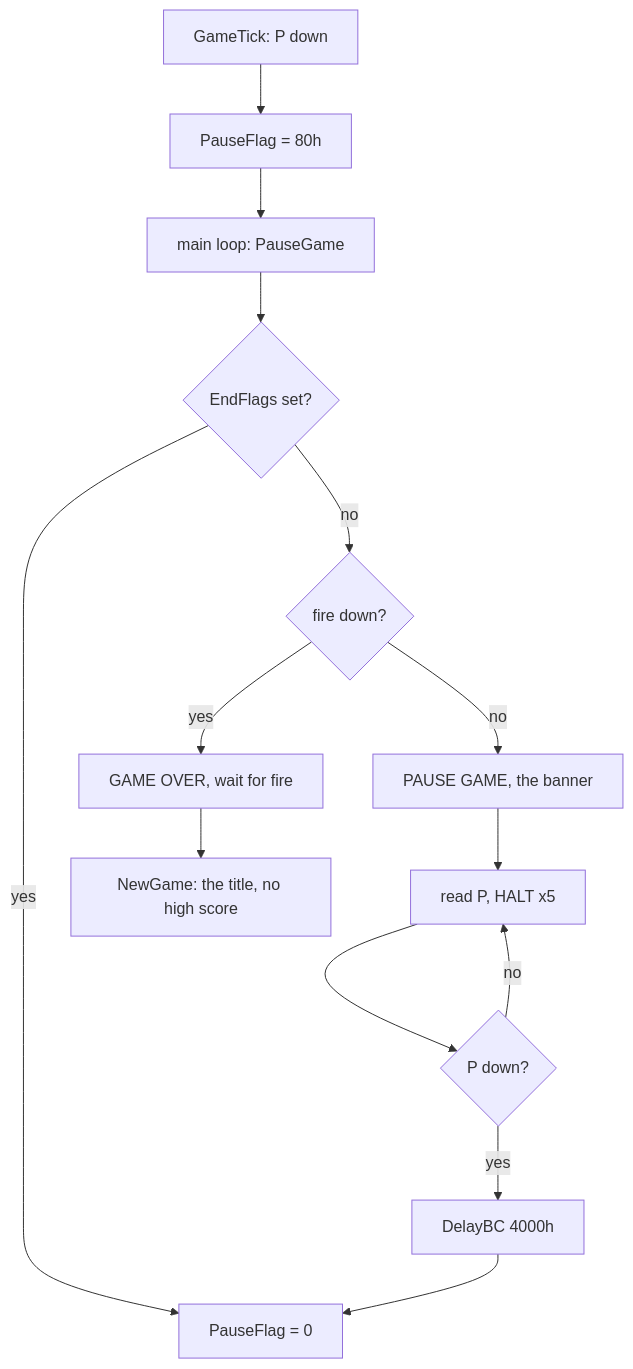
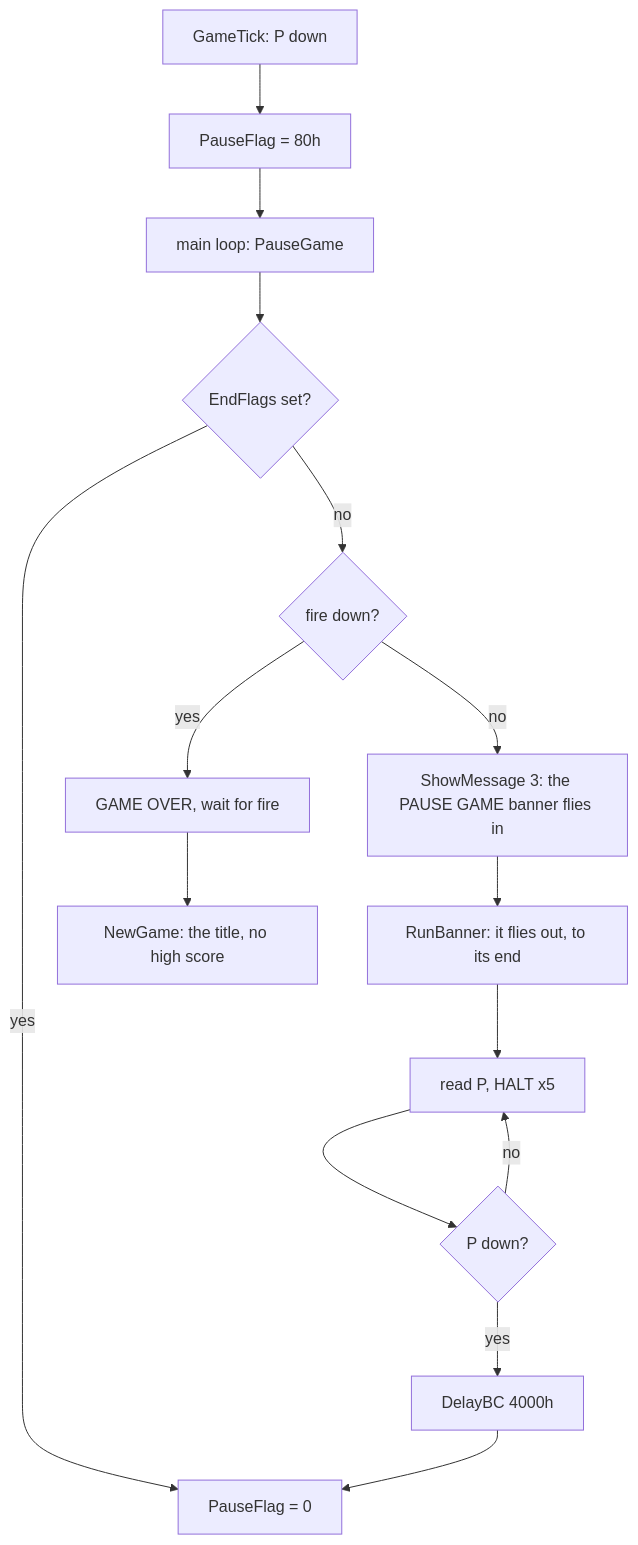
Before and after one commit to alfishe/unrealng-reverse-cases: the sixth of 9 diagrams in games/switchblade/docs/05-controls.md, drawn with Mermaid. The commit also changed other lines of this file and 54 other files, not shown here.

````diff
--- a/games/switchblade/docs/05-controls.md
+++ b/games/switchblade/docs/05-controls.md
@@ -731,16 +737,17 @@
 ```mermaid
 flowchart TD
     A[GameTick: P down] --> B[PauseFlag = 80h]
     B --> C[main loop: PauseGame]
     C --> D{EndFlags set?}
     D -- yes --> Z[PauseFlag = 0]
     D -- no --> E{fire down?}
     E -- yes --> F[GAME OVER, wait for fire]
     F --> G[NewGame: the title, no high score]
-    E -- no --> H[PAUSE GAME, the banner]
-    H --> I[read P, HALT x5]
+    E -- no --> H[ShowMessage 3: the PAUSE GAME banner flies in]
+    H --> H2[RunBanner: it flies out, to its end]
+    H2 --> I[read P, HALT x5]
     I --> J{P down?}
     J -- no --> I
     J -- yes --> K["DelayBC 4000h"]
     K --> Z
 ```
````
